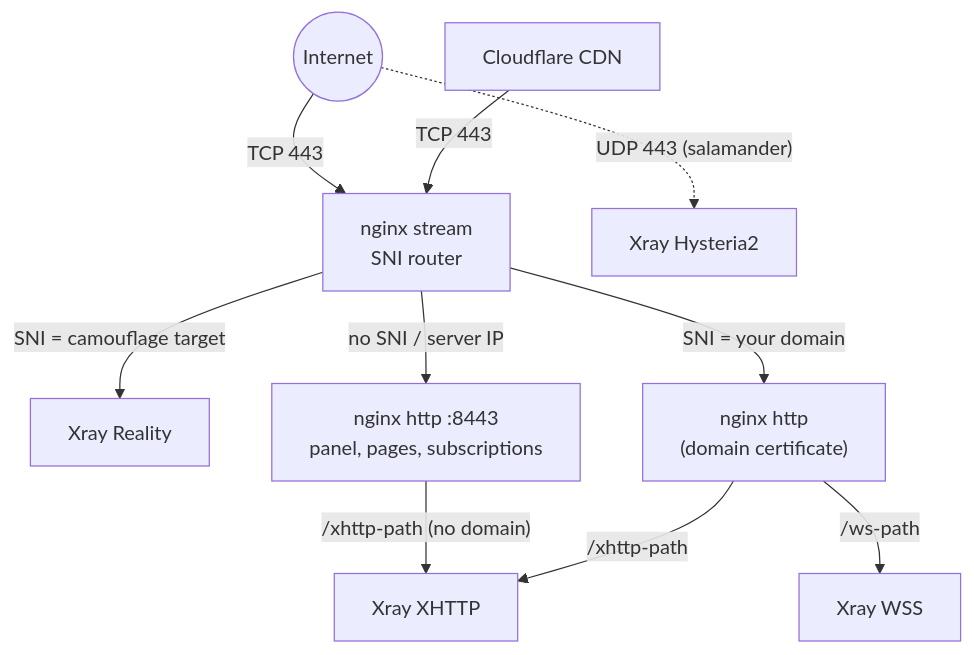
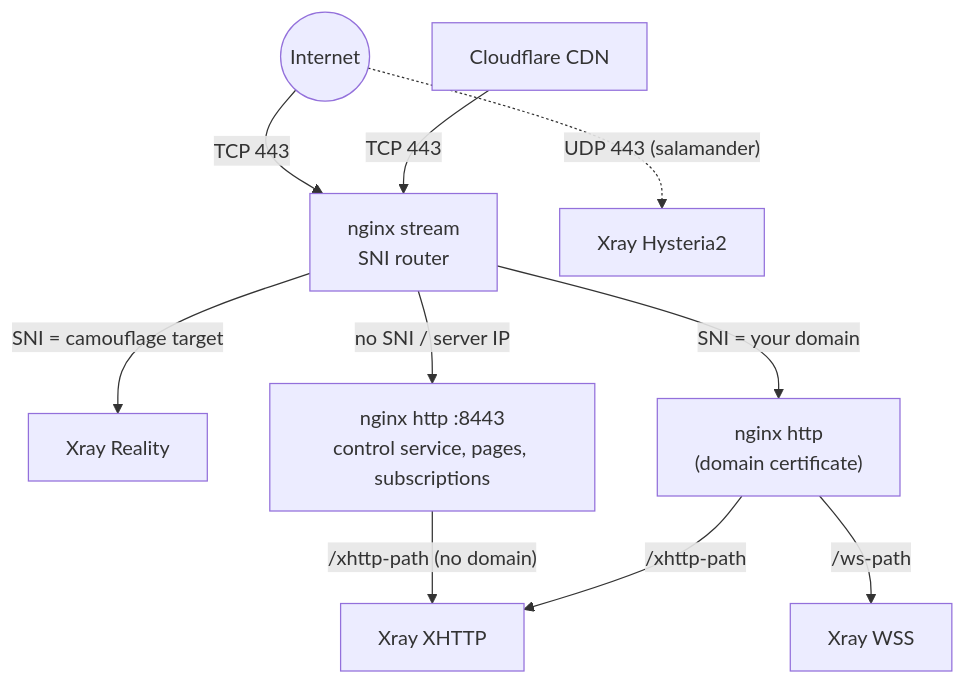
Before and after one commit to getmeridian/meridian: the second of 4 diagrams in website/src/content/docs/en/architecture.md, drawn with Mermaid. The commit also changed other lines of this file and 58 other files, not shown here.

First line of the commit message:
Describe the control service, agents, and backups across the docs

````diff
--- a/website/src/content/docs/en/architecture.md
+++ b/website/src/content/docs/en/architecture.md
@@ -38,12 +39,12 @@
 ```mermaid
 flowchart TD
     Internet((Internet)) -->|TCP 443| Nginx[nginx stream<br>SNI router]
     CDN["Cloudflare CDN"] -->|TCP 443| Nginx
     Nginx -->|"SNI = camouflage target"| XrayReal["Xray Reality"]
     Nginx -->|"SNI = your domain"| NginxDomain["nginx http<br>(domain certificate)"]
-    Nginx -->|"no SNI / server IP"| NginxHTTP["nginx http :8443<br>panel, pages, subscriptions"]
+    Nginx -->|"no SNI / server IP"| NginxHTTP["nginx http :8443<br>control service, pages, subscriptions"]
     NginxHTTP -->|"/xhttp-path (no domain)"| XrayXHTTP
     NginxDomain -->|/xhttp-path| XrayXHTTP["Xray XHTTP"]
     NginxDomain -->|/ws-path| XrayWSS["Xray WSS"]
     Internet -.->|"UDP 443 (salamander)"| XrayHy2["Xray Hysteria2"]
 ```
````
